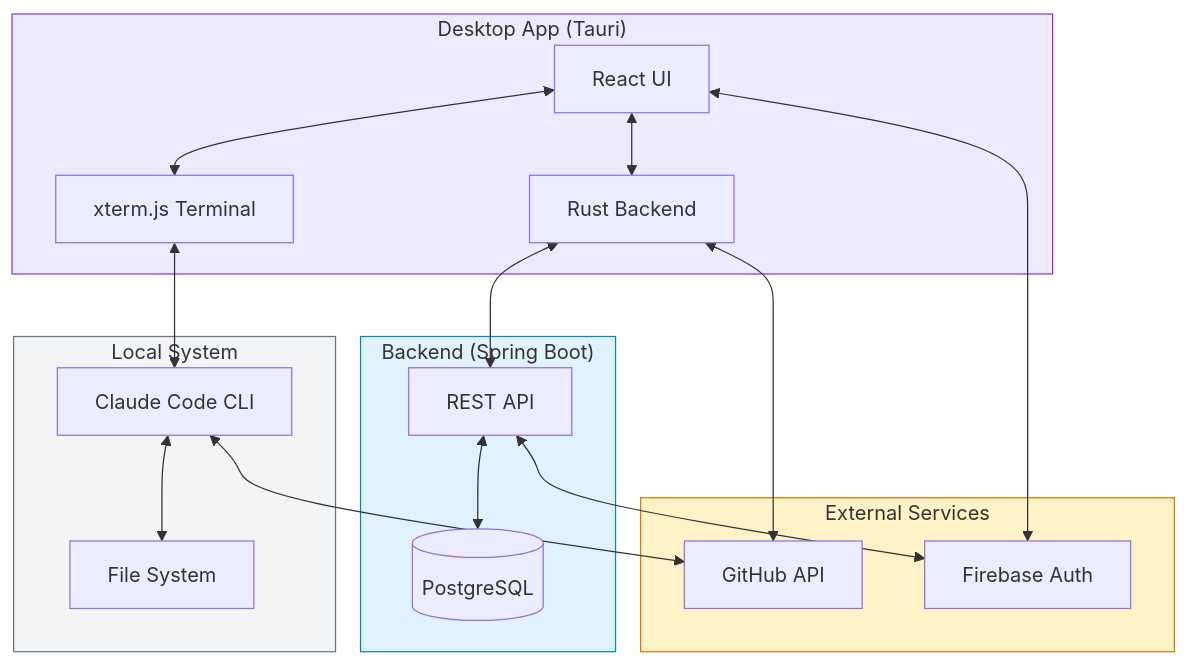
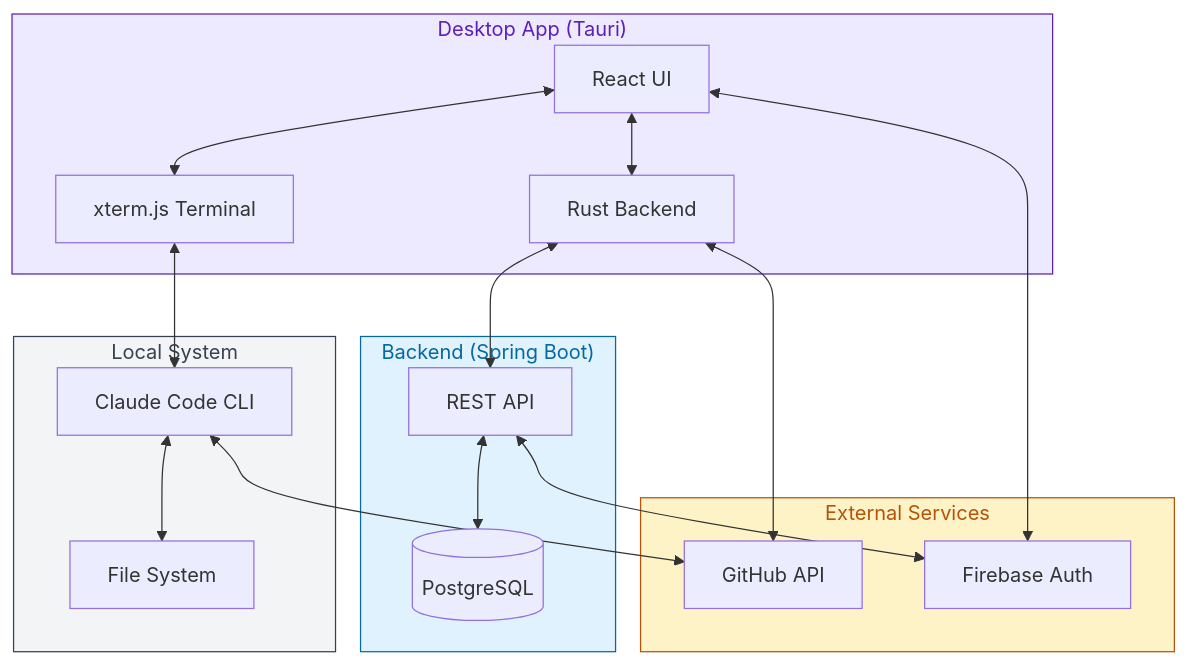
One commit to cliangdev/specflux changed the third of 4 diagrams in docs/ARCHITECTURE.md. Above: the diagram before and after it, drawn with Mermaid. The commit also changed other lines of this file and 1 other file, not shown here.

First line of the commit message:
docs: use darker colors for diagram titles

````diff
--- a/docs/ARCHITECTURE.md
+++ b/docs/ARCHITECTURE.md
@@ -92,39 +92,39 @@
 ```mermaid
 flowchart TB
     subgraph Desktop ["Desktop App (Tauri)"]
         React[React UI]
         Rust[Rust Backend]
         Terminal[xterm.js Terminal]
     end
 
     subgraph Backend ["Backend (Spring Boot)"]
         API[REST API]
         DB[(PostgreSQL)]
     end
 
     subgraph External ["External Services"]
         GitHub[GitHub API]
         Firebase[Firebase Auth]
     end
 
     subgraph Local ["Local System"]
         FS[File System]
         Claude[Claude Code CLI]
     end
 
     React <--> Rust
     React <--> Terminal
     Terminal <--> Claude
     Claude <--> FS
     Rust <--> API
     API <--> DB
     Rust <--> GitHub
     Claude <--> GitHub
     React <--> Firebase
     API <--> Firebase
 
-    style Desktop fill:#ede9fe,stroke:#7c3aed
-    style Backend fill:#e0f2fe,stroke:#0284c7
-    style External fill:#fef3c7,stroke:#d97706
-    style Local fill:#f3f4f6,stroke:#6b7280
+    style Desktop fill:#ede9fe,stroke:#5b21b6,color:#5b21b6
+    style Backend fill:#e0f2fe,stroke:#0369a1,color:#0369a1
+    style External fill:#fef3c7,stroke:#b45309,color:#b45309
+    style Local fill:#f3f4f6,stroke:#374151,color:#374151
 ```
````
